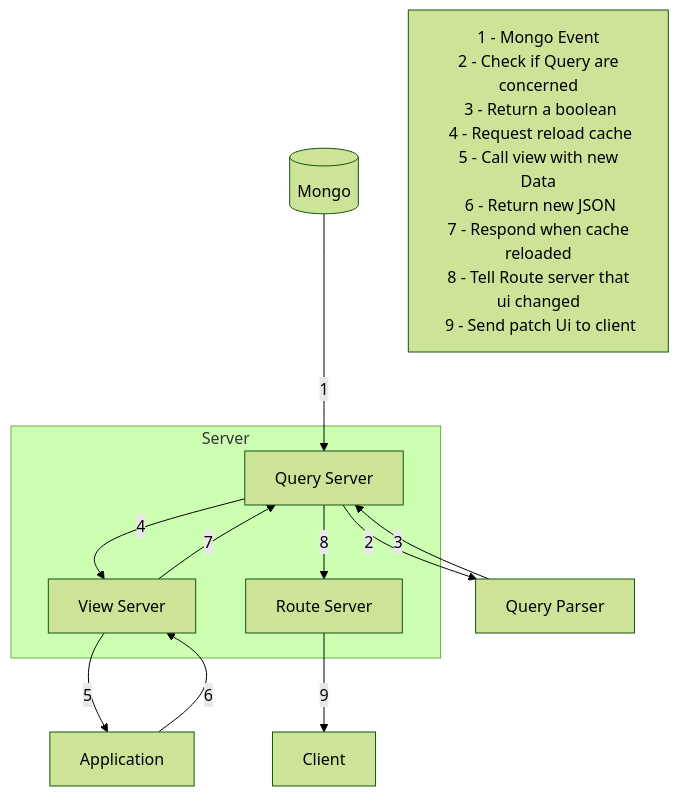
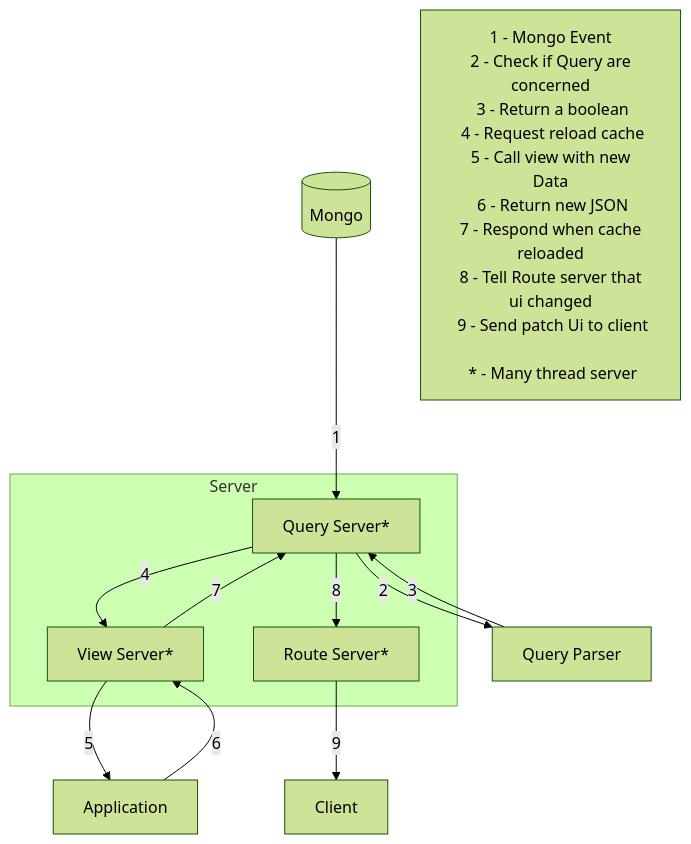
Before and after one commit to lenra-io/application-runner: the second of 2 diagrams in docs/DataManagement.md, drawn with Mermaid (forest theme).

Commit message:
docs: add thread

````diff
--- a/docs/DataManagement.md
+++ b/docs/DataManagement.md
@@ -36,21 +37,20 @@
 ```mermaid
-
-flowchart
+graph
     Mongo[(Mongo)]
-    Mongo -- 1 --> QueryServer["Query Server"]
+    Mongo -- 1 --> QueryServer["Query Server*"]
     QueryServer -- 2 --> QueryParser["Query Parser"]
     QueryParser -- 3 --> QueryServer
-    QueryServer -- 4 --> ViewServer["View Server"]
+    QueryServer -- 4 --> ViewServer["View Server*"]
     ViewServer -- 5 --> Application
     Application -- 6 --> ViewServer
     ViewServer -- 7 --> QueryServer
-    QueryServer -- 8 --> RouteServer["Route Server"]
+    QueryServer -- 8 --> RouteServer["Route Server*"]
     RouteServer -- 9 --> Client
     subgraph Server
         QueryServer
         ViewServer
         RouteServer
     end
 
-    id1["1 - Mongo Event\n 2 - Check if Query are concerned\n 3 - Return a boolean\n 4 - Request reload cache\n 5 - Call view with new Data\n 6 - Return new JSON\n 7 - Respond when cache reloaded\n 8 - Tell Route server that ui changed\n 9 - Send patch Ui to client"]  
+    id1["1 - Mongo Event\n 2 - Check if Query are concerned\n 3 - Return a boolean\n 4 - Request reload cache\n 5 - Call view with new Data\n 6 - Return new JSON\n 7 - Respond when cache reloaded\n 8 - Tell Route server that ui changed\n 9 - Send patch Ui to client\n\n * - Many thread server"]  
 ```
````
